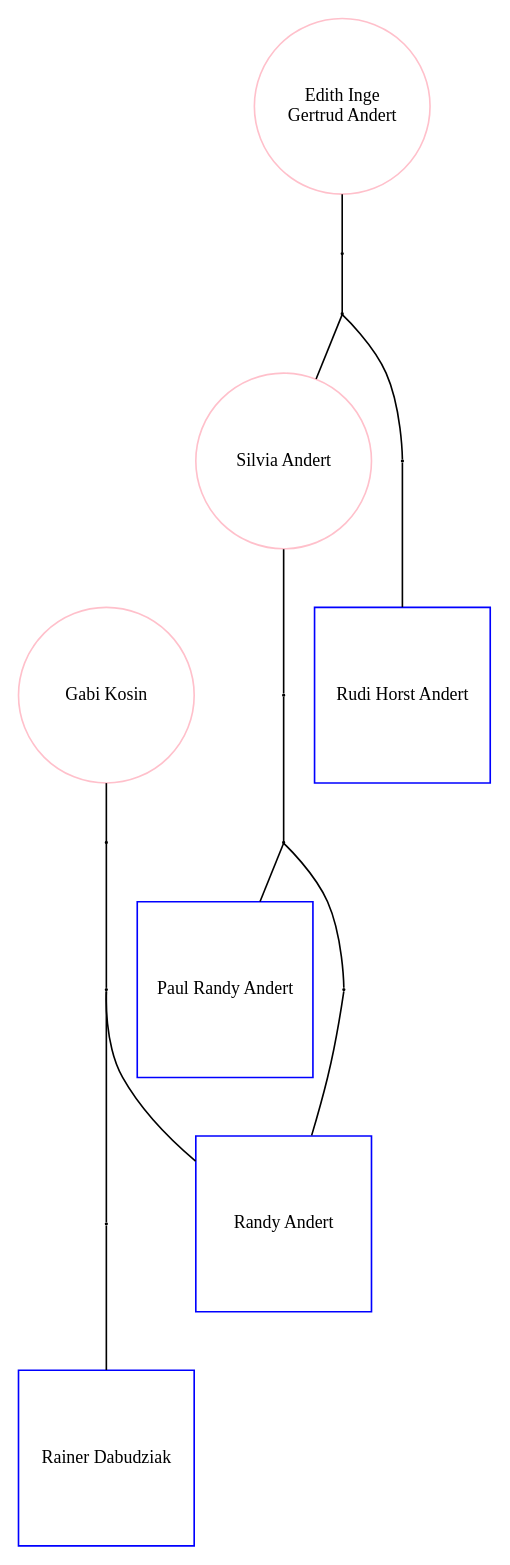
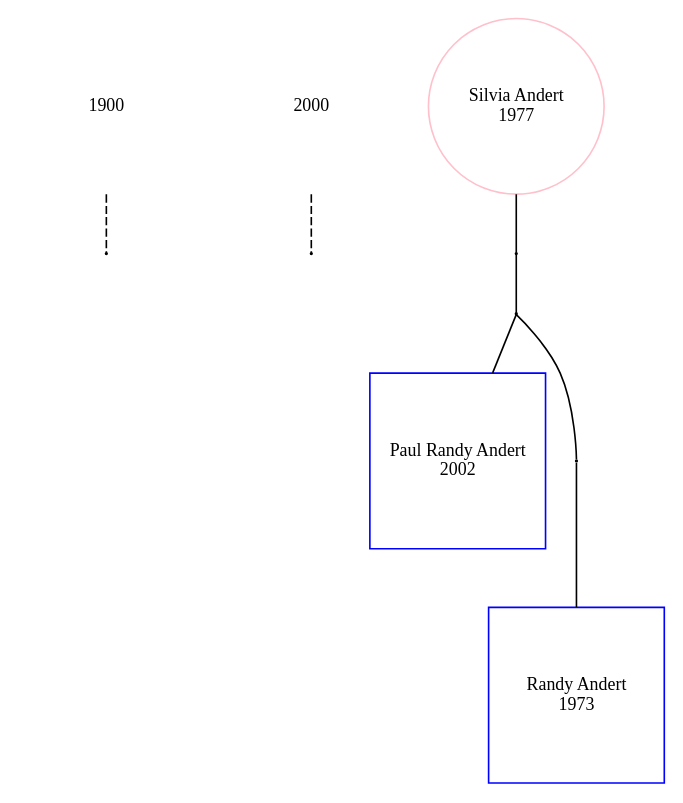
The diagram in person/data.dot (PaulAndert/Person), drawn with Graphviz before and after one commit. The commit also changed 2 other files, not shown here.

Commit message:
changed graph x,y to x,year of birth to better represent the age of people in relation to the person in question

```diff
--- a/person/data.dot
+++ b/person/data.dot
@@ -1,40 +1,25 @@
 digraph P {
-edge [dir=forward, arrowhead=none];
-node [fontsize=11, fixedsize=true, height=1.5, width=1.5];
+    edge [dir=forward, arrowhead=none];
+    node [fontsize=11, fixedsize=true, height=1.5, width=1.5];
+    y1900 [shape=none, label="1900", pos="-15,0!"];
+    y2000 [shape=none, label="2000", pos="-15,-12.5!"];
+    y0 [shape=circle,label="",height=0.01,width=0.01, pos="15,0!"];
+    y1 [shape=circle,label="",height=0.01,width=0.01, pos="15,-12.5!"];
+    y1900 -> y0 [style=dashed] ; y2000 -> y1 [style=dashed]
 
-x0y0 [shape=square, color="blue",label="Paul Randy Andert", pos="0,0!"];
-x0y1 [shape=circle,label="",height=0.01,width=0.01, pos="0,1!"];
+x0y_12_75 [shape=square, color="blue",label="Paul Randy Andert
+2002", pos="0,-12.75!"];
 
-x_2y2 [shape=circle, color="pink",label="Silvia Andert", pos="-2,2!"];
-x_2y1 [shape=circle,label="",height=0.01,width=0.01, pos="-2,1!"];
+x_1y_9_62 [shape=circle, color="pink",label="Silvia Andert
+1977", pos="-1,-9.625!"];
 
-x2y2 [shape=square, color="blue",label="Randy Andert", pos="2,2!"];
-x2y1 [shape=circle,label="",height=0.01,width=0.01, pos="2,1!"];
+x1y_9_12 [shape=square, color="blue",label="Randy Andert
+1973", pos="1,-9.125!"];
+x0y_11_18 [shape=circle,label="",height=0.01,width=0.01, pos="0,-11.1875!"];
+x_1y_11_18 [shape=circle,label="",height=0.01,width=0.01, pos="-1,-11.1875!"];
+x1y_11_18 [shape=circle,label="",height=0.01,width=0.01, pos="1,-11.1875!"];
 
-x_2y2 -> x_2y1 -> x0y1 -> x2y1 -> x2y2 ; x0y1 -> x0y0
-x_2y2 [shape=circle, color="pink",label="Silvia Andert", pos="-2,2!"];
-x_2y3 [shape=circle,label="",height=0.01,width=0.01, pos="-2,3!"];
-
-x_3y4 [shape=circle, color="pink",label="Edith Inge
-Gertrud Andert ", pos="-3,4!"];
-x_3y3 [shape=circle,label="",height=0.01,width=0.01, pos="-3,3!"];
-
-x_1y4 [shape=square, color="blue",label="Rudi Horst Andert", pos="-1,4!"];
-x_1y3 [shape=circle,label="",height=0.01,width=0.01, pos="-1,3!"];
-
-x_3y4 -> x_3y3 -> x_2y3 -> x_1y3 -> x_1y4 ; x_2y3 -> x_2y2
-
-
-x2y2 [shape=square, color="blue",label="Randy Andert", pos="2,2!"];
-x2y3 [shape=circle,label="",height=0.01,width=0.01, pos="2,3!"];
-
-x1y4 [shape=circle, color="pink",label="Gabi Kosin", pos="1,4!"];
-x1y3 [shape=circle,label="",height=0.01,width=0.01, pos="1,3!"];
-
-x3y4 [shape=square, color="blue",label="Rainer Dabudziak", pos="3,4!"];
-x3y3 [shape=circle,label="",height=0.01,width=0.01, pos="3,3!"];
-
-x1y4 -> x1y3 -> x2y3 -> x3y3 -> x3y4 ; x2y3 -> x2y2
+x_1y_9_62 -> x_1y_11_18 -> x0y_11_18 -> x1y_11_18 -> x1y_9_12 ; x0y_11_18 -> x0y_12_75
 
 
 }
```
